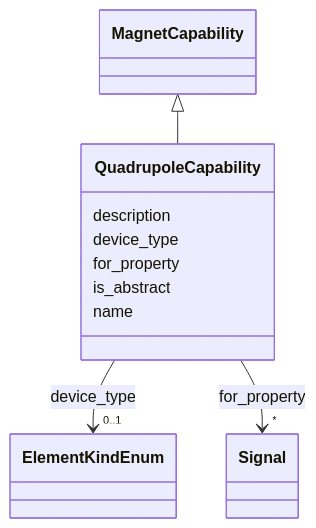
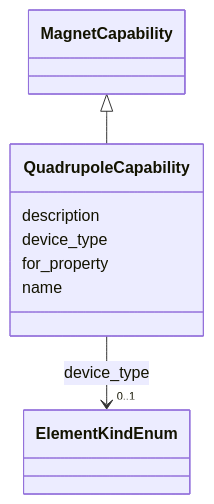
The diagram in docs_narad/QuadrupoleCapability.md (pals-project/pals-facility-config), drawn with Mermaid before and after one commit. The commit also changed other lines of this file and 126 other files, not shown here.

````diff
--- a/docs_narad/QuadrupoleCapability.md
+++ b/docs_narad/QuadrupoleCapability.md
@@ -18,37 +18,26 @@
 ```mermaid
  classDiagram
     class QuadrupoleCapability
     click QuadrupoleCapability href "../QuadrupoleCapability/"
       MagnetCapability <|-- QuadrupoleCapability
         click MagnetCapability href "../MagnetCapability/"
       
       QuadrupoleCapability : description
         
       QuadrupoleCapability : device_type
         
           
     
         
         
         QuadrupoleCapability --> "0..1" ElementKindEnum : device_type
         click ElementKindEnum href "../ElementKindEnum/"
     
 
         
       QuadrupoleCapability : for_property
         
-          
-    
-        
-        
-        QuadrupoleCapability --> "*" Signal : for_property
-        click Signal href "../Signal/"
-    
-
-        
-      QuadrupoleCapability : is_abstract
-        
       QuadrupoleCapability : name
         
       
 ```
````
